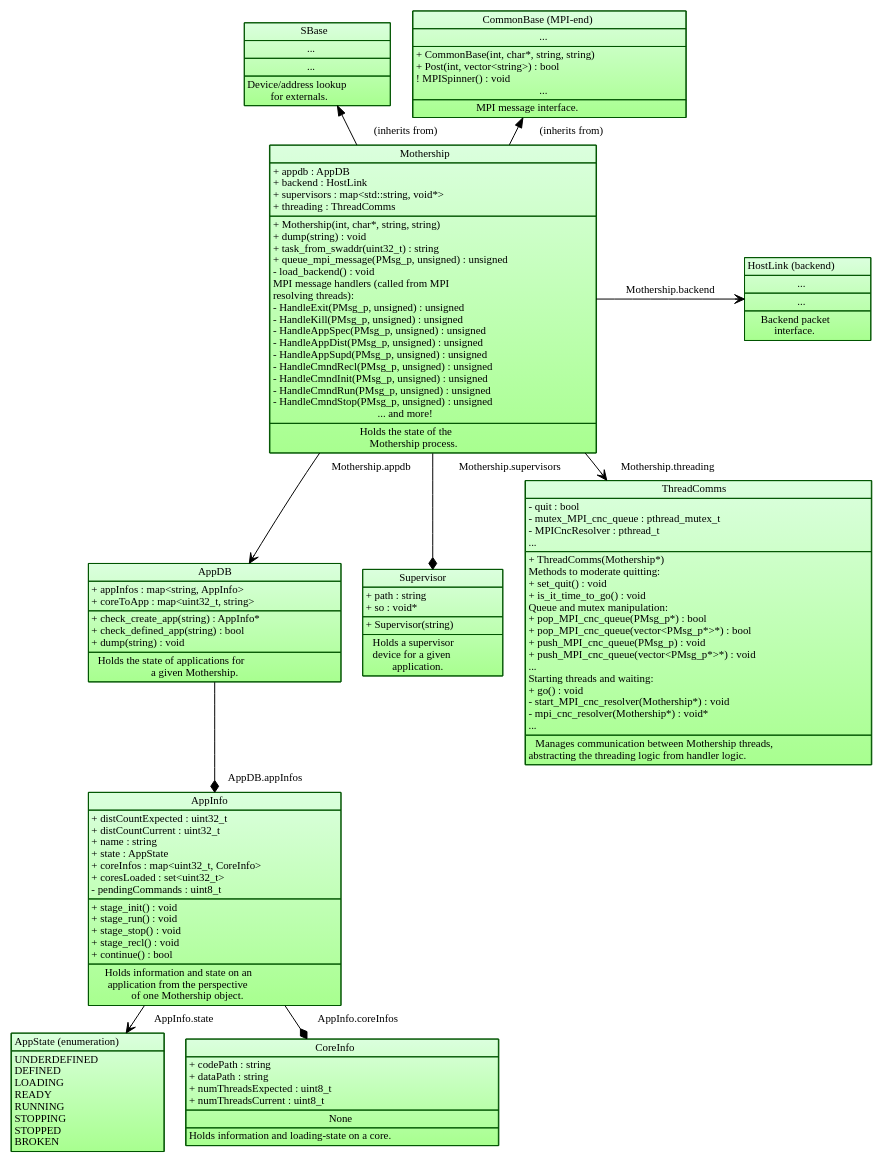
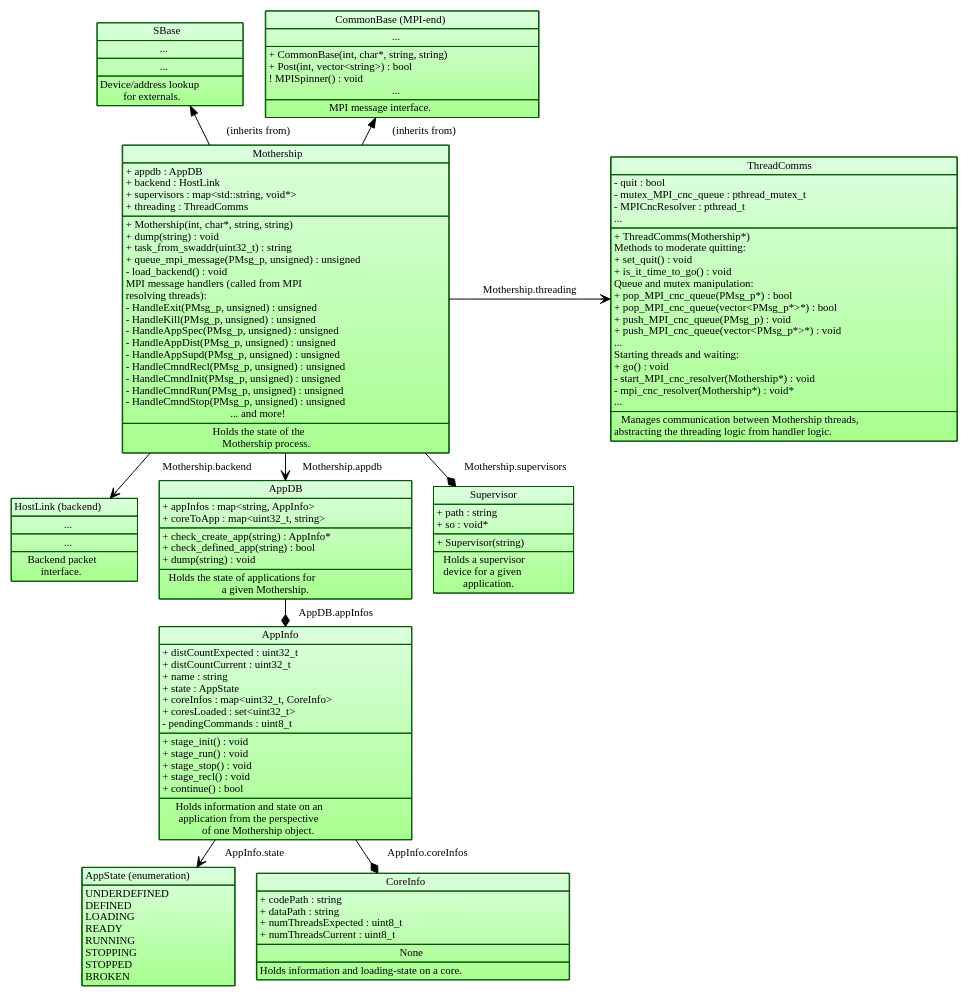
The diagram in images/source/mothership_data_structure.dot (POETSII/orchestrator-documentation), drawn with Graphviz before and after one commit.

Commit message:
Small shuffle.

```diff
--- a/images/source/mothership_data_structure.dot
+++ b/images/source/mothership_data_structure.dot
@@ -269,7 +269,7 @@
 
     /* Rank hackery */
     {rank="same";
-        HostLink -> Mothership [style="invis"];
+        ThreadComms -> Mothership [style="invis"];
         rankdir="LR";
     }
 }
```
